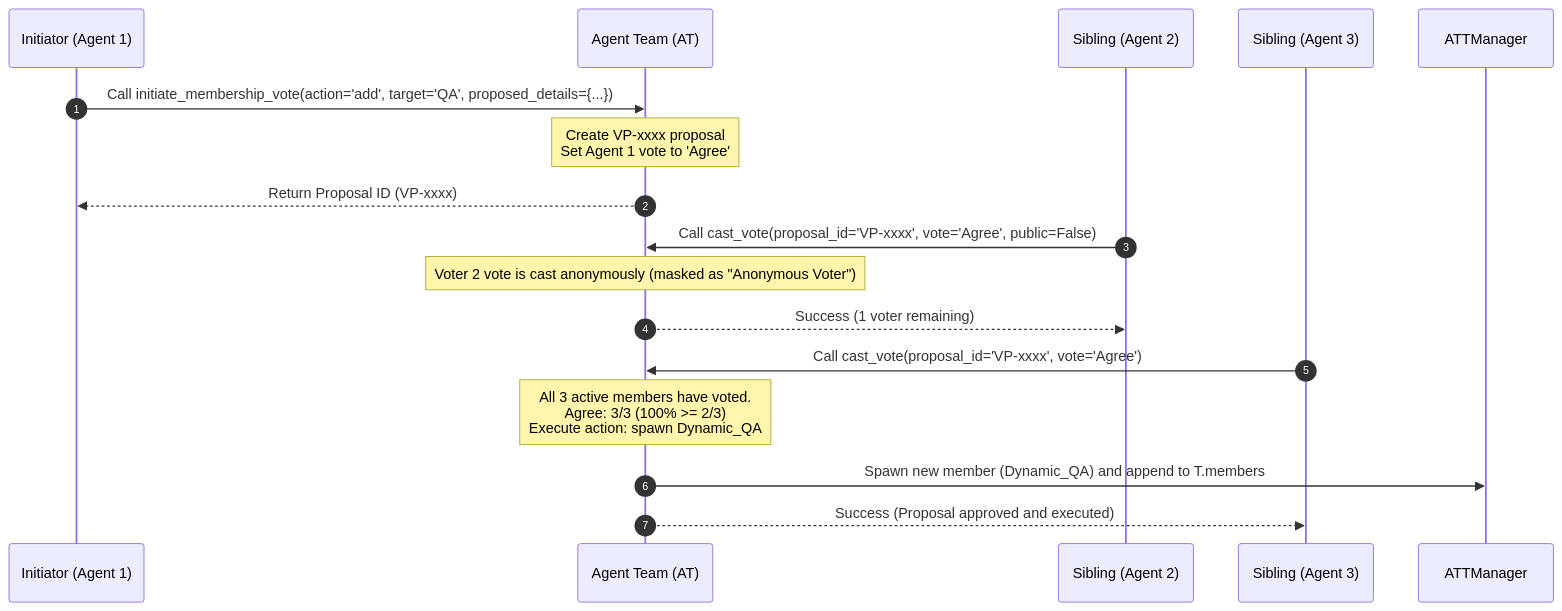
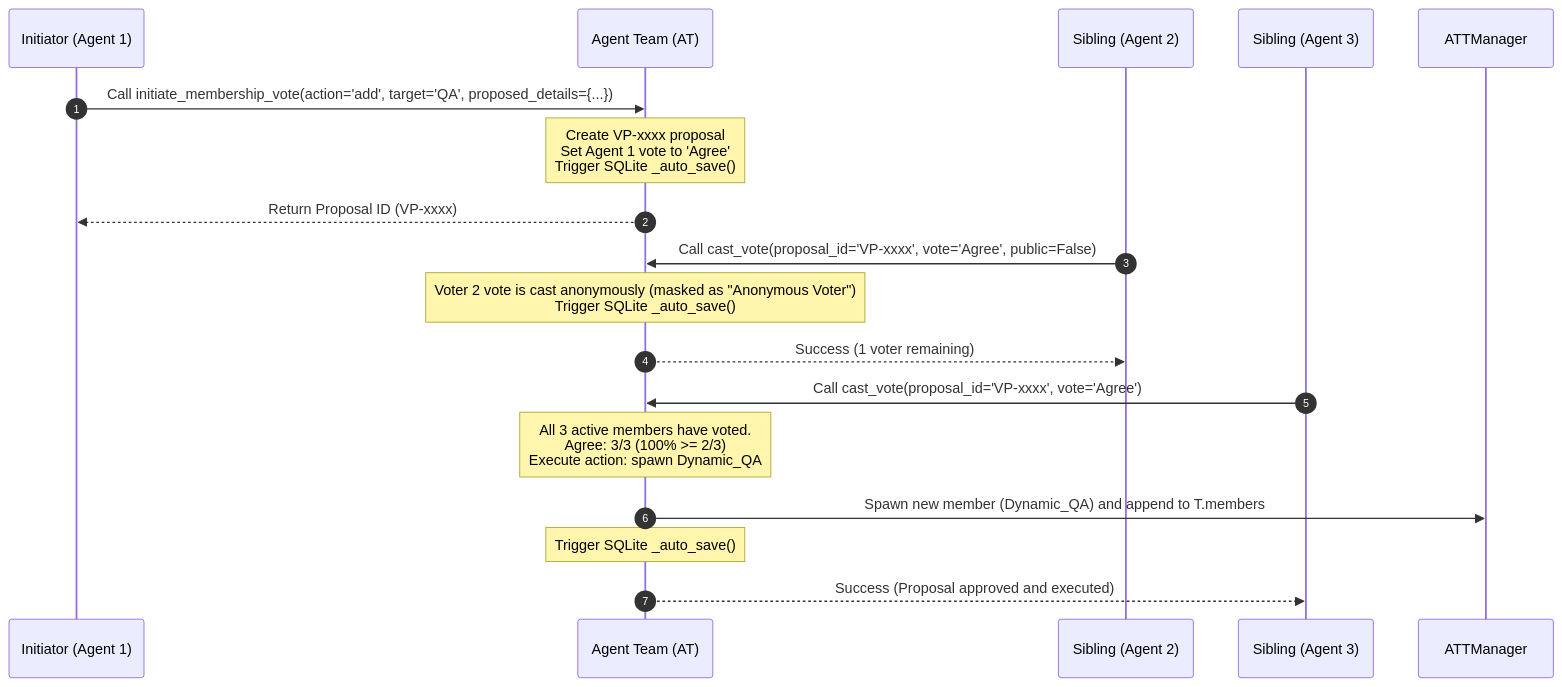
Before and after one commit to AI-Team-Team/AI-Team-Team: the fourth of 4 diagrams in docs/flowcharts/Spawning_Escalation.md, drawn with Mermaid. The commit also changed other lines of this file and 23 other files, not shown here.

````diff
--- a/docs/flowcharts/Spawning_Escalation.md
+++ b/docs/flowcharts/Spawning_Escalation.md
@@ -97,22 +97,23 @@
 ```mermaid
 sequenceDiagram
     autonumber
     participant A1 as Initiator (Agent 1)
     participant T as Agent Team (AT)
     participant A2 as Sibling (Agent 2)
     participant A3 as Sibling (Agent 3)
     participant Manager as ATTManager
 
     A1->>T: Call initiate_membership_vote(action='add', target='QA', proposed_details={...})
-    Note over T: Create VP-xxxx proposal<br/>Set Agent 1 vote to 'Agree'
+    Note over T: Create VP-xxxx proposal<br/>Set Agent 1 vote to 'Agree'<br/>Trigger SQLite _auto_save()
     T-->>A1: Return Proposal ID (VP-xxxx)
 
     A2->>T: Call cast_vote(proposal_id='VP-xxxx', vote='Agree', public=False)
-    Note over T: Voter 2 vote is cast anonymously (masked as "Anonymous Voter")
+    Note over T: Voter 2 vote is cast anonymously (masked as "Anonymous Voter")<br/>Trigger SQLite _auto_save()
     T-->>A2: Success (1 voter remaining)
 
     A3->>T: Call cast_vote(proposal_id='VP-xxxx', vote='Agree')
     Note over T: All 3 active members have voted.<br/>Agree: 3/3 (100% >= 2/3)<br/>Execute action: spawn Dynamic_QA
     T->>Manager: Spawn new member (Dynamic_QA) and append to T.members
+    Note over T: Trigger SQLite _auto_save()
     T-->>A3: Success (Proposal approved and executed)
 ```
````
